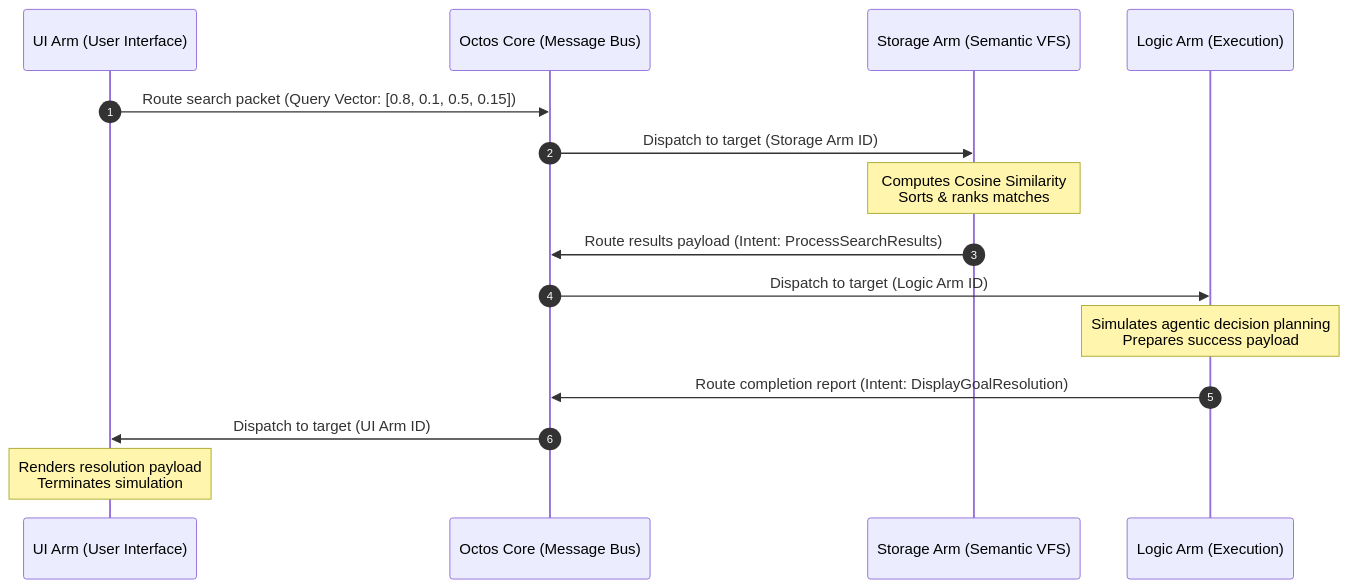
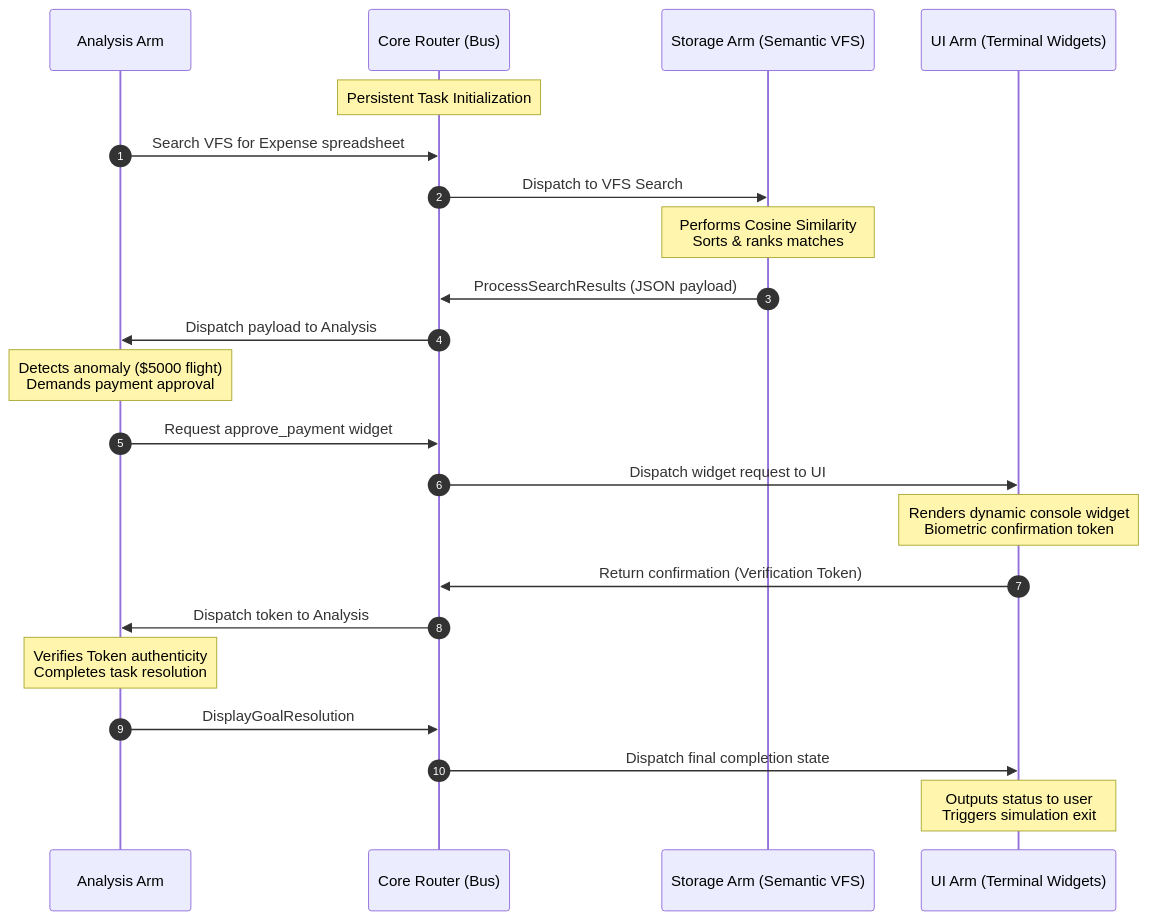
Before and after one commit to trooper2013/octos: the diagram in README.md, drawn with Mermaid. The commit also changed other lines of this file and 5 other files, not shown here.

Commit message:
feat: implement Phase 1 runtime and UI arm execution loop

````diff
--- a/README.md
+++ b/README.md
@@ -47,18 +47,25 @@
 ```mermaid
 sequenceDiagram
     autonumber
-    participant UI as UI Arm (User Interface)
-    participant Core as Octos Core (Message Bus)
+    participant Analysis as Analysis Arm
+    participant Core as Core Router (Bus)
     participant Storage as Storage Arm (Semantic VFS)
-    participant Logic as Logic Arm (Execution)
+    participant UI as UI Arm (Terminal Widgets)
 
-    UI->>Core: Route search packet (Query Vector: [0.8, 0.1, 0.5, 0.15])
-    Core->>Storage: Dispatch to target (Storage Arm ID)
-    Note over Storage: Computes Cosine Similarity<br/>Sorts & ranks matches
-    Storage->>Core: Route results payload (Intent: ProcessSearchResults)
-    Core->>Logic: Dispatch to target (Logic Arm ID)
-    Note over Logic: Simulates agentic decision planning<br/>Prepares success payload
-    Logic->>Core: Route completion report (Intent: DisplayGoalResolution)
-    Core->>UI: Dispatch to target (UI Arm ID)
-    Note over UI: Renders resolution payload<br/>Terminates simulation
+    Note over Core: Persistent Task Initialization
+    Analysis->>Core: Search VFS for Expense spreadsheet
+    Core->>Storage: Dispatch to VFS Search
+    Note over Storage: Performs Cosine Similarity<br/>Sorts & ranks matches
+    Storage->>Core: ProcessSearchResults (JSON payload)
+    Core->>Analysis: Dispatch payload to Analysis
+    Note over Analysis: Detects anomaly ($5000 flight)<br/>Demands payment approval
+    Analysis->>Core: Request approve_payment widget
+    Core->>UI: Dispatch widget request to UI
+    Note over UI: Renders dynamic console widget<br/>Biometric confirmation token
+    UI->>Core: Return confirmation (Verification Token)
+    Core->>Analysis: Dispatch token to Analysis
+    Note over Analysis: Verifies Token authenticity<br/>Completes task resolution
+    Analysis->>Core: DisplayGoalResolution
+    Core->>UI: Dispatch final completion state
+    Note over UI: Outputs status to user<br/>Triggers simulation exit
 ```
````
